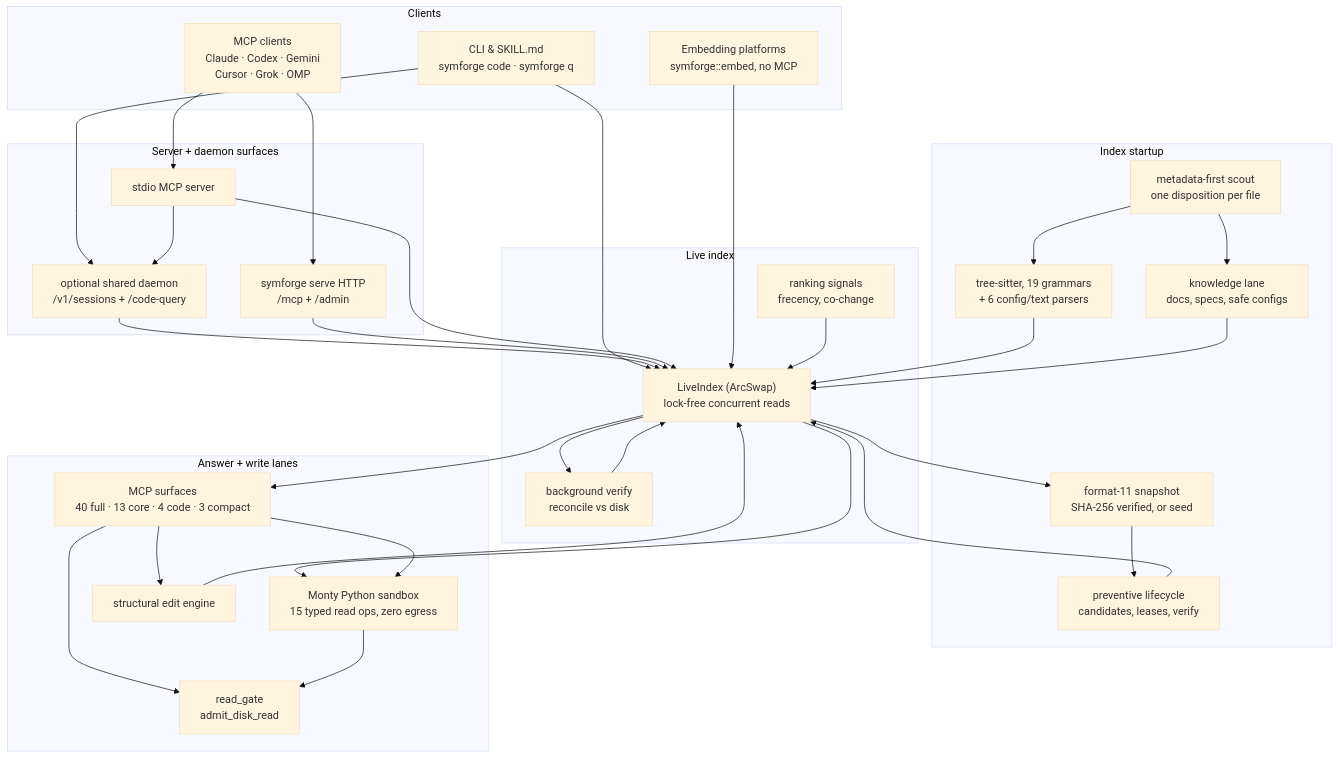
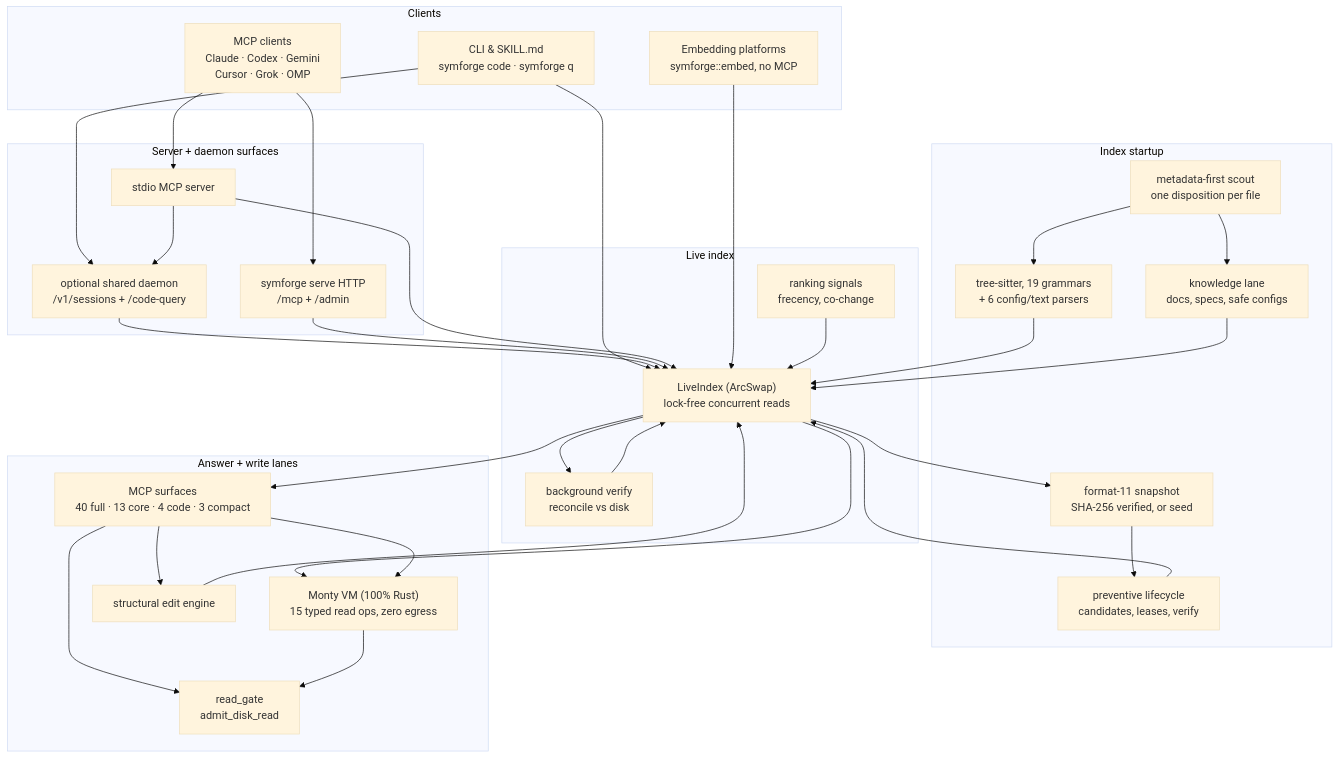
Before and after one commit to special-place-ai-heaven/symforge: the first of 3 diagrams in README.md, drawn with Mermaid (base theme). The commit also changed other lines of this file, not shown here.

First line of the commit message:
docs(readme): add Code Mode and structural edit diagrams and clarify pure-Rust Monty VM

````diff
--- a/README.md
+++ b/README.md
@@ -48,64 +48,64 @@
 ```mermaid
 %%{init: {"flowchart": {"htmlLabels": false, "wrappingWidth": 400}}}%%
 flowchart TD
     accTitle: SymForge 12.0.0 architecture
-    accDescr: MCP clients, shell-skill agents, and Rust embedders query one LiveIndex backed by ArcSwap lock-free reads. Startup restores a SHA-256-verified format-11 snapshot or treats older formats as untrusted seeds, while MCP surfaces, the Monty zero-egress Python sandbox, admit_disk_read, and the structural edit engine share the live index.
+    accDescr: MCP clients, shell-skill agents, and Rust embedders query one LiveIndex backed by ArcSwap lock-free reads. Startup restores a SHA-256-verified format-11 snapshot or treats older formats as untrusted seeds, while MCP surfaces, the pure-Rust Monty bytecode VM, admit_disk_read, and the structural edit engine share the live index.
 
     subgraph Clients["Clients"]
         MCP["MCP clients\nClaude · Codex · Gemini\nCursor · Grok · OMP"]
         CLI["CLI & SKILL.md\nsymforge code · symforge q"]
         LIB["Embedding platforms\nsymforge::embed, no MCP"]
     end
 
     subgraph Surfaces["Server + daemon surfaces"]
         STDIO["stdio MCP server"]
         HTTP["symforge serve HTTP\n/mcp + /admin"]
         DAEMON["optional shared daemon\n/v1/sessions + /code-query"]
     end
 
     subgraph Startup["Index startup"]
         SNAP["format-11 snapshot\nSHA-256 verified, or seed"]
         SCOUT["metadata-first scout\none disposition per file"]
         PARSE["tree-sitter, 19 grammars\n+ 6 config/text parsers"]
         KNOW["knowledge lane\ndocs, specs, safe configs"]
         LIFE["preventive lifecycle\ncandidates, leases, verify"]
     end
 
     subgraph Core["Live index"]
         IDX["LiveIndex (ArcSwap)\nlock-free concurrent reads"]
         SIG["ranking signals\nfrecency, co-change"]
         VERIFY["background verify\nreconcile vs disk"]
     end
 
     subgraph Lanes["Answer + write lanes"]
         SURF["MCP surfaces\n40 full · 13 core · 4 code · 3 compact"]
-        SANDBOX["Monty Python sandbox\n15 typed read ops, zero egress"]
+        SANDBOX["Monty VM (100% Rust)\n15 typed read ops, zero egress"]
         GATE["read_gate\nadmit_disk_read"]
         EDITS["structural edit engine"]
     end
 
     MCP --> STDIO
     MCP --> HTTP
     CLI --> DAEMON
     CLI --> IDX
     STDIO --> DAEMON
     DAEMON --> IDX
     HTTP --> IDX
     STDIO --> IDX
     LIB --> IDX
 
     SNAP --> LIFE --> IDX
     SCOUT --> PARSE --> IDX
     SCOUT --> KNOW --> IDX
     SIG --> IDX
     IDX --> VERIFY --> IDX
     IDX --> SNAP
 
     IDX --> SURF
     IDX --> SANDBOX
     SURF --> SANDBOX
     SURF --> GATE
     SANDBOX --> GATE
     SURF --> EDITS
     EDITS --> IDX
 ```
````
